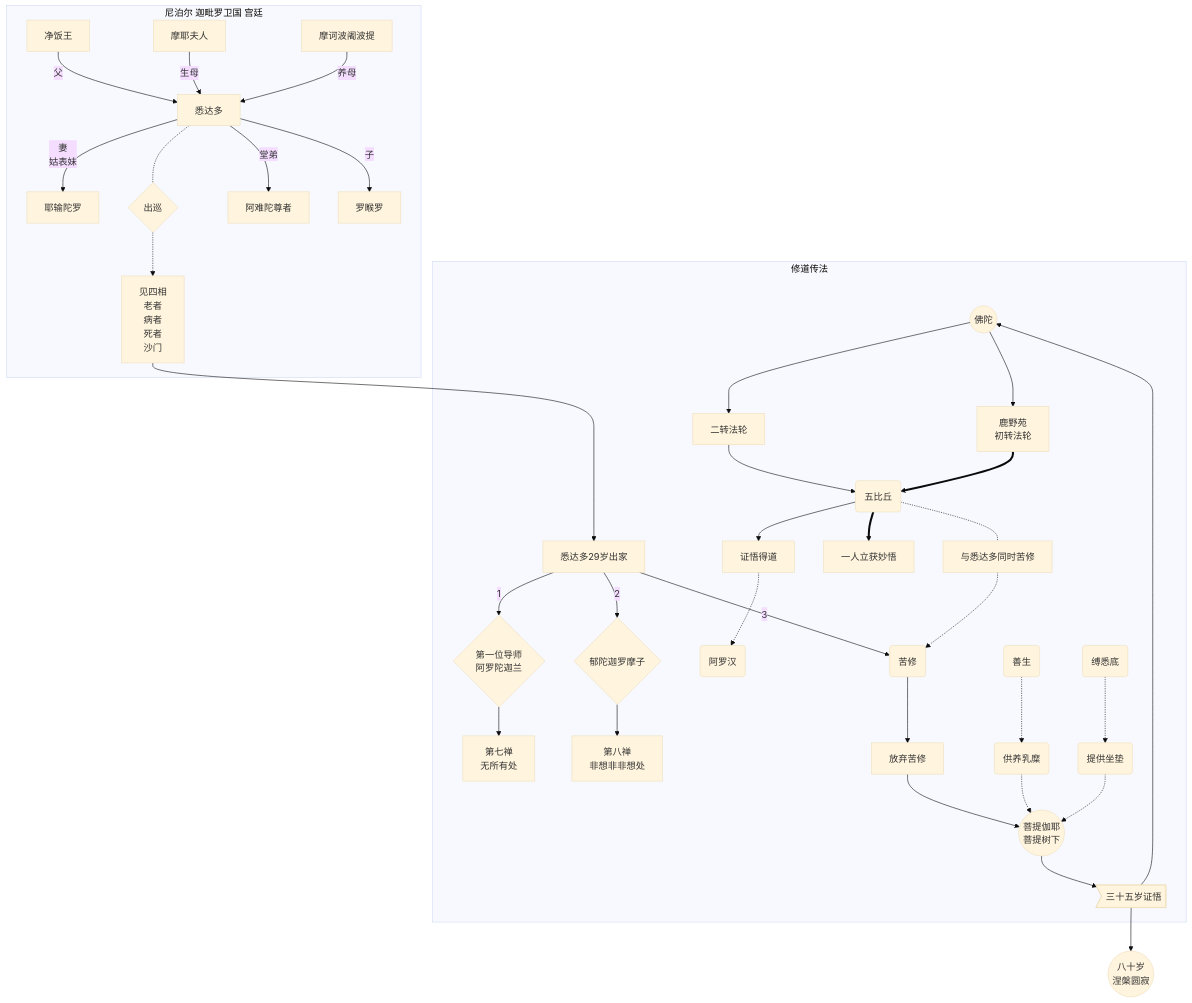
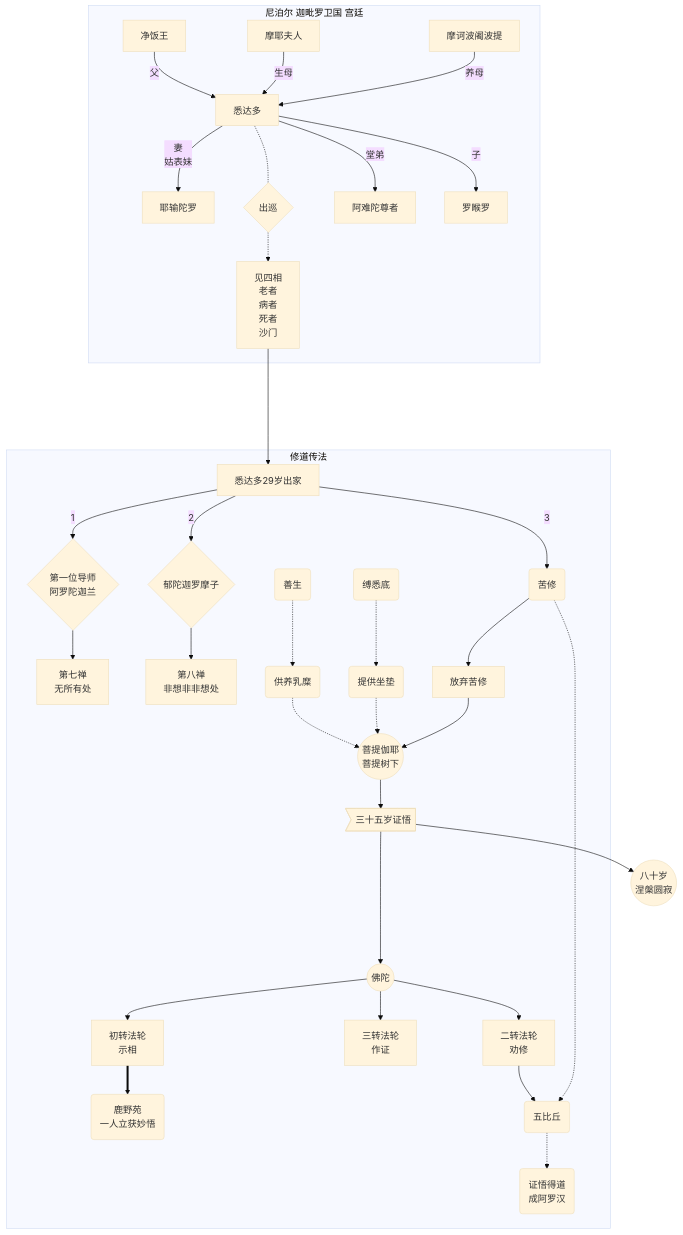
Before and after one commit to wxyClark/wxyClark.note: the first of 3 diagrams in Humanity/buddhism.md, drawn with Mermaid (base theme). The commit also changed other lines of this file and 2 other files, not shown here.

````diff
--- a/Humanity/buddhism.md
+++ b/Humanity/buddhism.md
@@ -62,31 +64,32 @@
 ```mermaid
 graph TB
     subgraph 修道传法
-        FT-->CF2[二转法轮]-->WBQ-->证悟得道-.->CF222(阿罗汉)
-        FT((佛陀))-->CF1[鹿野苑<br>初转法轮]==>WBQ==>一人立获妙悟
+        
+        FT((佛陀))-->CF1[初转法轮<br>示相]==>CF11(鹿野苑<br>一人立获妙悟)
+        FT-->CF3[三转法轮<br>作证]
+        FT-->CF2[二转法轮<br>劝修]-->WBQ(五比丘)-.->CF222(证悟得道<br>成阿罗汉)
 
         XD[悉达多29岁出家]--1-->R11{第一位导师<br>阿罗陀迦兰}-->XD1[第七禅<br>无所有处]
         XD--2-->R12{郁陀迦罗摩子}-->XD2[第八禅<br>非想非非想处]
         XD--3-->XD3(苦修)-->XD4[放弃苦修]
-        WBQ(五比丘)-.-与悉达多同时苦修-.->XD3
+        XD3-.->WBQ
         DZ1(善生)-.->R13(供养乳糜)-.->G0
         DZ2(缚悉底)-.->R14(提供坐垫)-.->G0
         XD4-->G0((菩提伽耶<br>菩提树下))-->ZW>三十五岁证悟]
-        
         ZW---->FT
     end
 
         ZW-->YJ((八十岁<br>涅槃圆寂))
         SX---->XD
         SX[见四相<br>老者<br>病者<br>死者<br>沙门]
         
     subgraph 尼泊尔 迦毗罗卫国 宫廷
         A[净饭王] --父--> C
         B1[摩耶夫人] --生母--> C
         B2[摩诃波阇波提] --养母--> C
         C[悉达多] --妻<br>姑表妹--> D[耶输陀罗]
         C -.-R1{出巡}-.-> SX
         C --堂弟--> E[阿难陀尊者]
         C -- 子 --> F[罗睺罗]
     end
 ```
````
